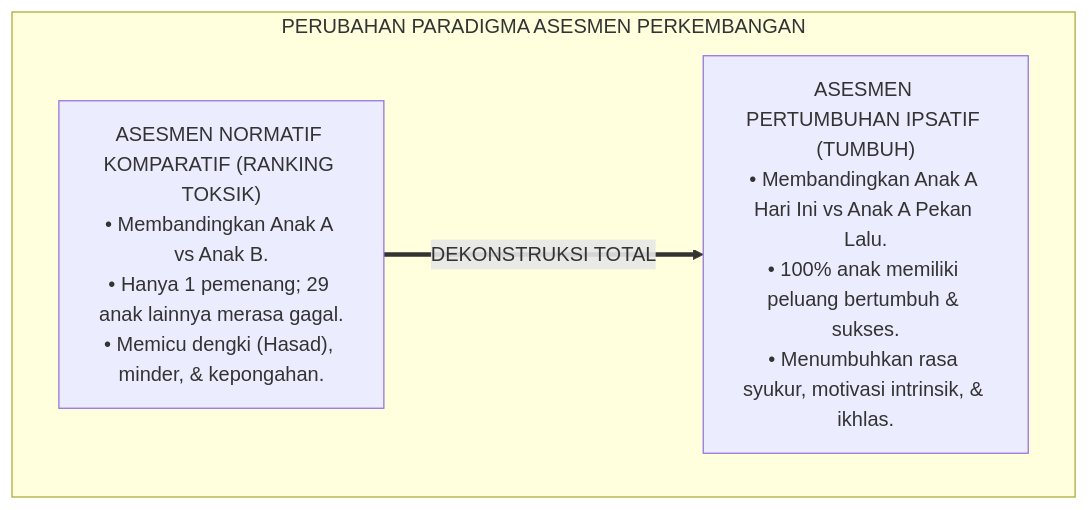
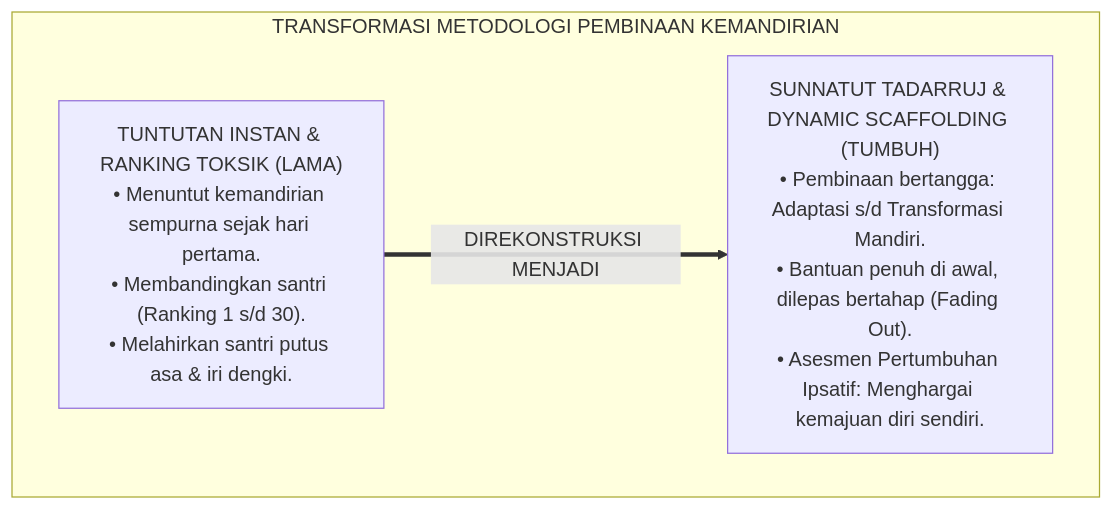
One commit to wandiapriliyandi/tumbuh changed the first of 5 diagrams in 01 Philosophy/03 Human Development/P1-03-03-Landasan-Filosofis-Jenjang-Kemandirian-J1-J4.md. Above: the diagram before and after it, drawn with Mermaid. The commit also changed other lines of this file and 7 other files, not shown here.

````diff
--- a/01 Philosophy/03 Human Development/P1-03-03-Landasan-Filosofis-Jenjang-Kemandirian-J1-J4.md
+++ b/01 Philosophy/03 Human Development/P1-03-03-Landasan-Filosofis-Jenjang-Kemandirian-J1-J4.md
@@ -288,10 +55,10 @@
 ```mermaid
-graph TD
-    subgraph DekonstruksiRankingToksik["PERUBAHAN PARADIGMA ASESMEN PERKEMBANGAN"]
-        Toksik["ASESMEN NORMATIF KOMPARATIF (RANKING TOKSIK)<br/>• Membandingkan Anak A vs Anak B.<br/>• Hanya 1 pemenang; 29 anak lainnya merasa gagal.<br/>• Memicu dengki (Hasad), minder, & kepongahan."]
+flowchart TD
+    subgraph TransformasiGradualismeKemandirian["TRANSFORMASI METODOLOGI PEMBINAAN KEMANDIRIAN"]
+        PolaInstanLama["TUNTUTAN INSTAN & RANKING TOKSIK (LAMA)<br/>• Menuntut kemandirian sempurna sejak hari pertama.<br/>• Membandingkan santri (Ranking 1 s/d 30).<br/>• Melahirkan santri putus asa & iri dengki."]
         
-        Ipsatif["ASESMEN PERTUMBUHAN IPSATIF (TUMBUH)<br/>• Membandingkan Anak A Hari Ini vs Anak A Pekan Lalu.<br/>• 100% anak memiliki peluang bertumbuh & sukses.<br/>• Menumbuhkan rasa syukur, motivasi intrinsik, & ikhlas."]
+        PolaTadarrujTUMBUH["SUNNATUT TADARRUJ & DYNAMIC SCAFFOLDING (TUMBUH)<br/>• Pembinaan bertangga: Adaptasi s/d Transformasi Mandiri.<br/>• Bantuan penuh di awal, dilepas bertahap (Fading Out).<br/>• Asesmen Pertumbuhan Ipsatif: Menghargai kemajuan diri sendiri."]
         
-        Toksik ==>|DEKONSTRUKSI TOTAL| Ipsatif
+        PolaInstanLama ==>|DIREKONSTRUKSI MENJADI| PolaTadarrujTUMBUH
     end
 ```
````
